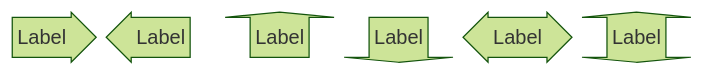
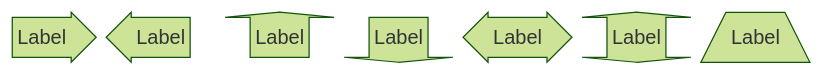
One commit to mermaid-js/mermaid changed diagram 18 of 30 in docs/syntax/block.md. Above: the diagram before and after it, drawn with Mermaid (forest theme). The commit also changed other lines of this file, not shown here.

Commit message:
[autofix.ci] apply automated fixes

````diff
--- a/docs/syntax/block.md
+++ b/docs/syntax/block.md
@@ -408,10 +408,10 @@
 ```mermaid
 block
   blockArrowId<["Label"]>(right)
   blockArrowId2<["Label"]>(left)
   blockArrowId3<["Label"]>(up)
   blockArrowId4<["Label"]>(down)
   blockArrowId5<["Label"]>(x)
   blockArrowId6<["Label"]>(y)
-  blockArrowId6<["Label"]>(x, down)
+  blockArrowId7<["Label"]>(x, down)
 ```
````
